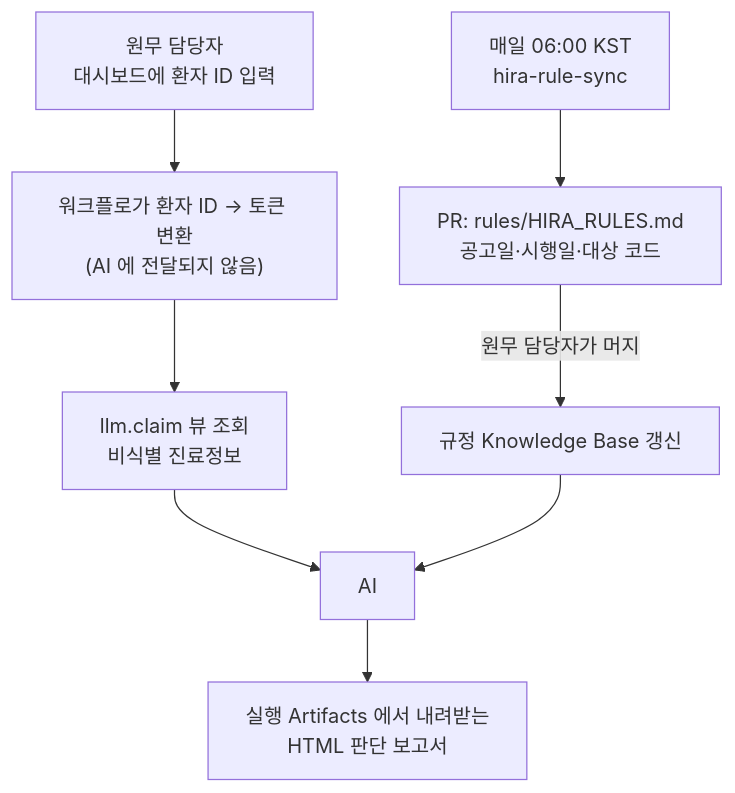
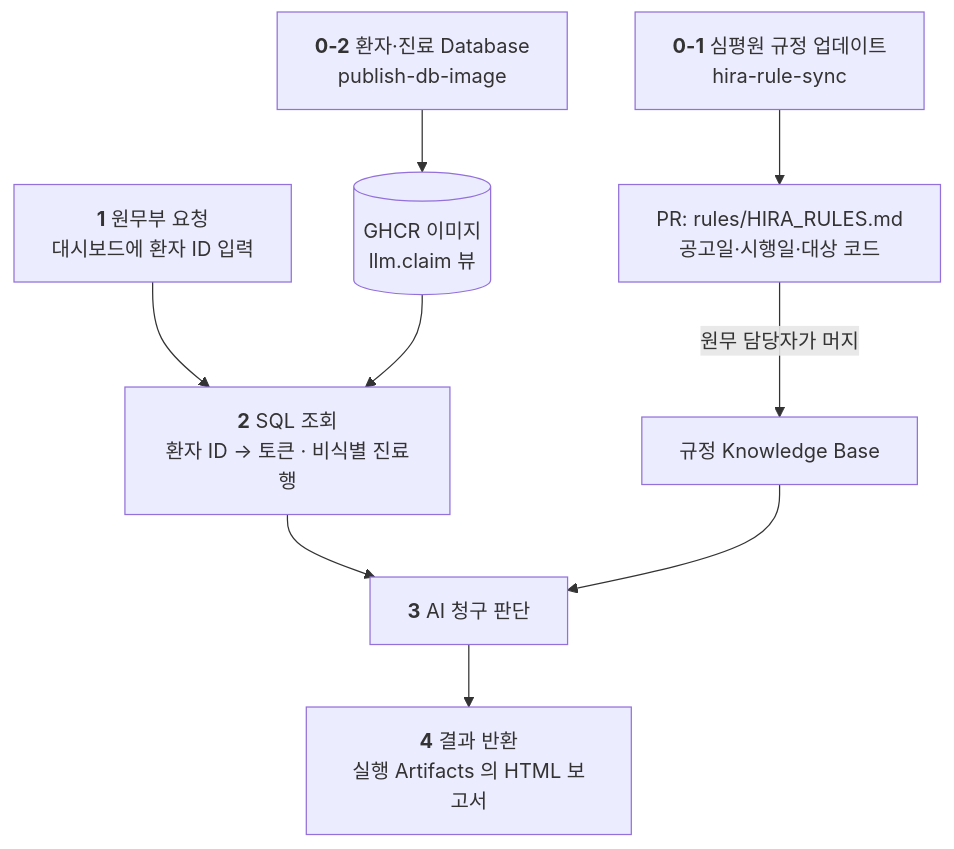
One commit to t-hajongkim/hira-billing-copilot changed the diagram in README.md. Above: the diagram before and after it, drawn with Mermaid. The commit also changed other lines of this file and 5 other files, not shown here.

````diff
--- a/README.md
+++ b/README.md
@@ -11,10 +11,12 @@
 ```mermaid
 flowchart TD
-    A["매일 06:00 KST<br/>hira-rule-sync"] --> B["PR: rules/HIRA_RULES.md<br/>공고일·시행일·대상 코드"]
-    B -->|원무 담당자가 머지| C["규정 Knowledge Base 갱신"]
-    D["원무 담당자<br/>대시보드에 환자 ID 입력"] --> E["워크플로가 환자 ID → 토큰 변환<br/>(AI 에 전달되지 않음)"]
-    E --> F["llm.claim 뷰 조회<br/>비식별 진료정보"]
-    F --> G["AI"]
-    C --> G
-    G --> H["실행 Artifacts 에서 내려받는<br/>HTML 판단 보고서"]
+    A["<b>0-1</b> 심평원 규정 업데이트<br/>hira-rule-sync"] --> A2["PR: rules/HIRA_RULES.md<br/>공고일·시행일·대상 코드"]
+    A2 -->|원무 담당자가 머지| KB["규정 Knowledge Base"]
+    B["<b>0-2</b> 환자·진료 Database<br/>publish-db-image"] --> DB[("GHCR 이미지<br/>llm.claim 뷰")]
+
+    C["<b>1</b> 원무부 요청<br/>대시보드에 환자 ID 입력"] --> D["<b>2</b> SQL 조회<br/>환자 ID → 토큰 · 비식별 진료행"]
+    DB --> D
+    D --> E["<b>3</b> AI 청구 판단"]
+    KB --> E
+    E --> F["<b>4</b> 결과 반환<br/>실행 Artifacts 의 HTML 보고서"]
 ```
````
